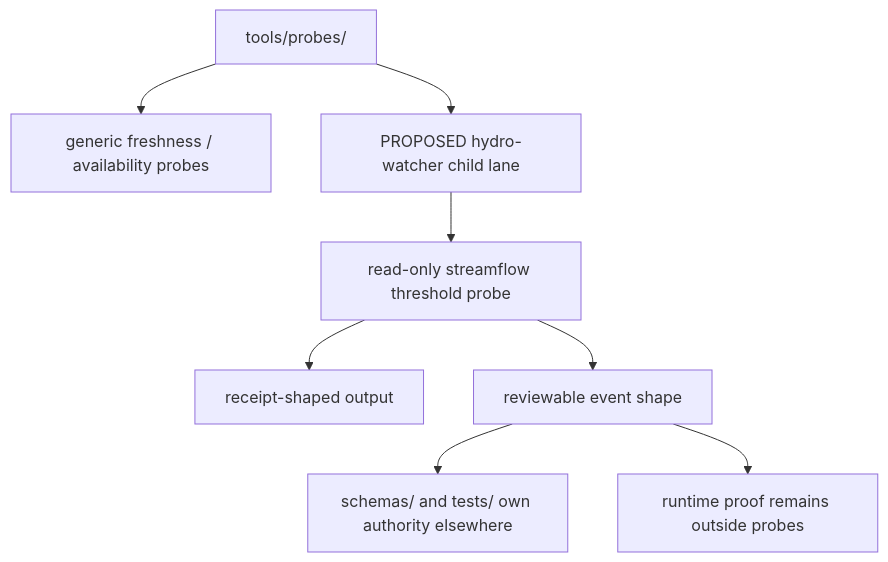
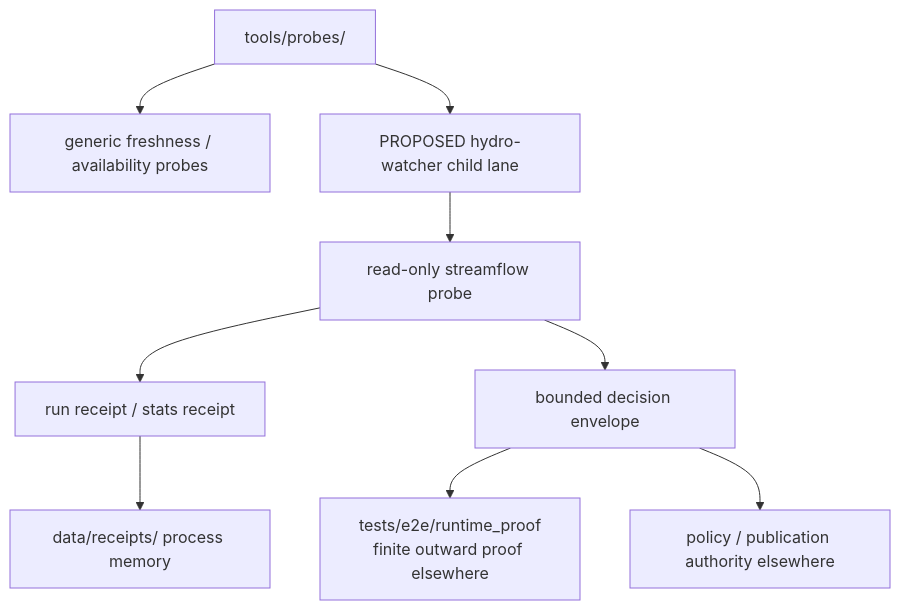
The second of 2 diagrams in tools/probes/README.md (bartytime4life/Kansas-Frontier-Matrix), drawn with Mermaid before and after one commit. The commit also changed other lines of this file, not shown here.

````diff
--- a/tools/probes/README.md
+++ b/tools/probes/README.md
@@ -572,10 +682,11 @@
 ```mermaid
 flowchart TD
     A[tools/probes/] --> B[generic freshness / availability probes]
     A --> C[PROPOSED hydro-watcher child lane]
-    C --> D[read-only streamflow threshold probe]
-    D --> E[receipt-shaped output]
-    D --> F[reviewable event shape]
-    F --> G[schemas/ and tests/ own authority elsewhere]
-    F --> H[runtime proof remains outside probes]
+    C --> D[read-only streamflow probe]
+    D --> E[run receipt / stats receipt]
+    D --> F[bounded decision envelope]
+    E --> G[data/receipts/ process memory]
+    F --> H[tests/e2e/runtime_proof<br/>finite outward proof elsewhere]
+    F --> I[policy / publication authority elsewhere]
 ```
````
